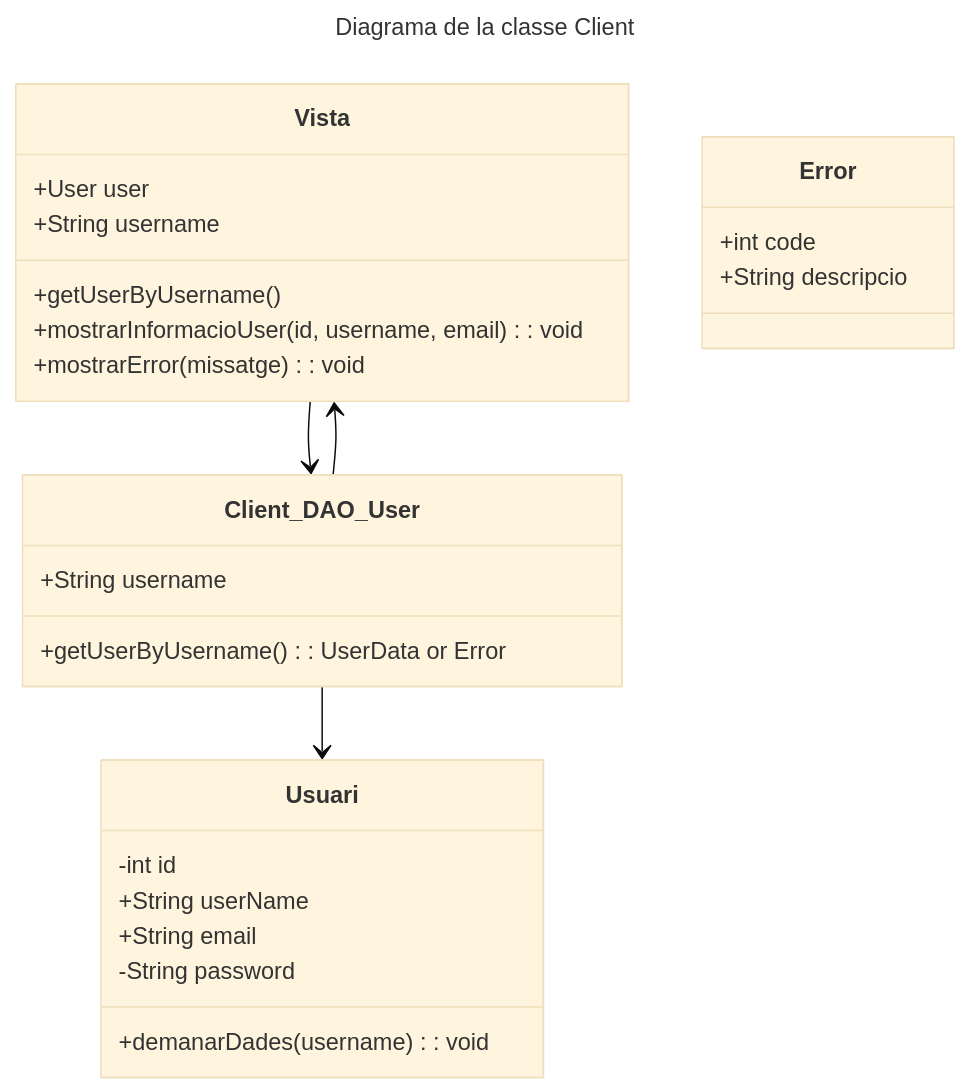
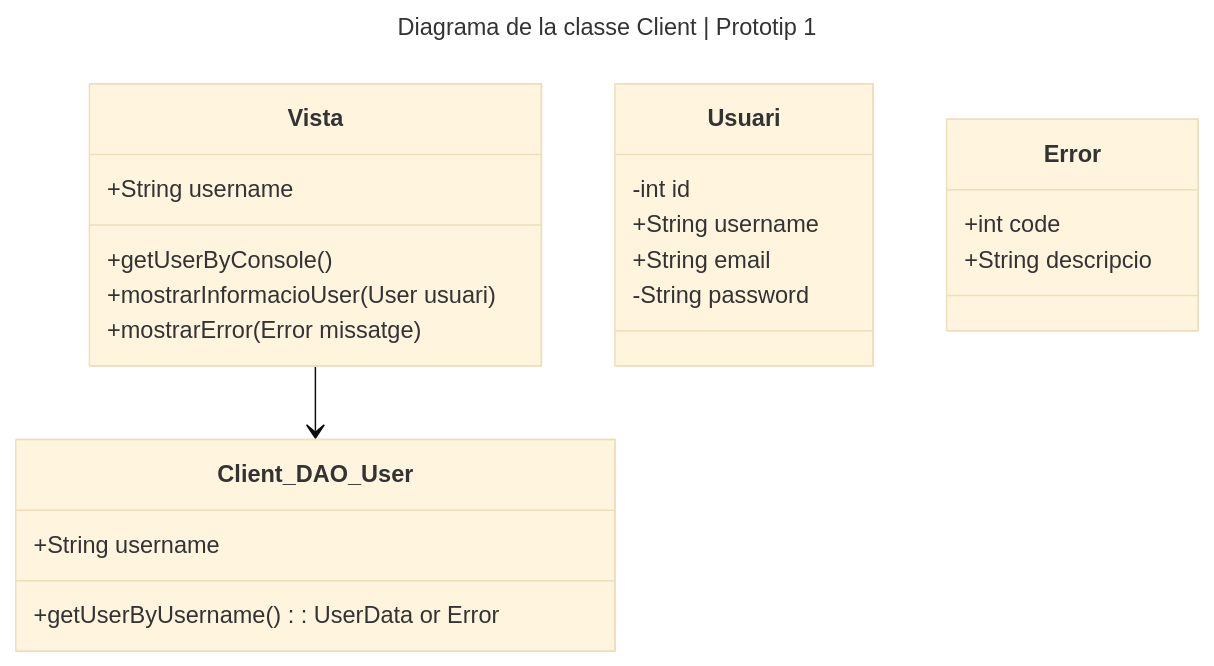
Before and after one commit to dnwits/TapatApp: the diagram in charts/diagrama_de_classes_client.mermaid, drawn with Mermaid (base theme).

Commit message:
dgr frontend p1

```diff
--- a/charts/diagrama_de_classes_client.mermaid
+++ b/charts/diagrama_de_classes_client.mermaid
@@ -1,34 +1,30 @@
 ---
-title: Diagrama de la classe Client
+title: Diagrama de la classe Client | Prototip 1
 ---
 classDiagram
     Vista --> Client_DAO_User
-    Client_DAO_User --> Usuari
-    Client_DAO_User --> Vista
     
     class Vista{
-        +User user
         +String username
-        +getUserByUsername()
-        +mostrarInformacioUser(id, username, email): void
-        +mostrarError(missatge): void
+        +getUserByConsole()
+        +mostrarInformacioUser(User usuari)
+        +mostrarError(Error missatge)
     }
 
     class Client_DAO_User{
     +String username
         +getUserByUsername(): UserData or Error
         %% +enviarPeticioHTTP(username, password): void
         %% +processarRespostaHTTP(resposta): void
     }
 
     class Usuari{
         -int id
-        +String userName
+        +String username
         +String email
         -String password
-        +demanarDades(username): void
     }
     class Error{
         +int code
         +String descripcio
     }
```
